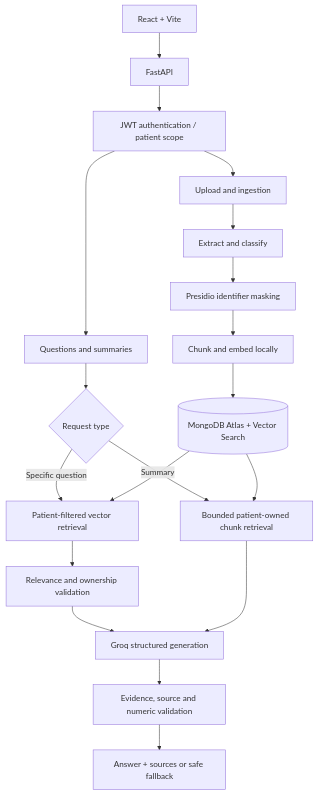
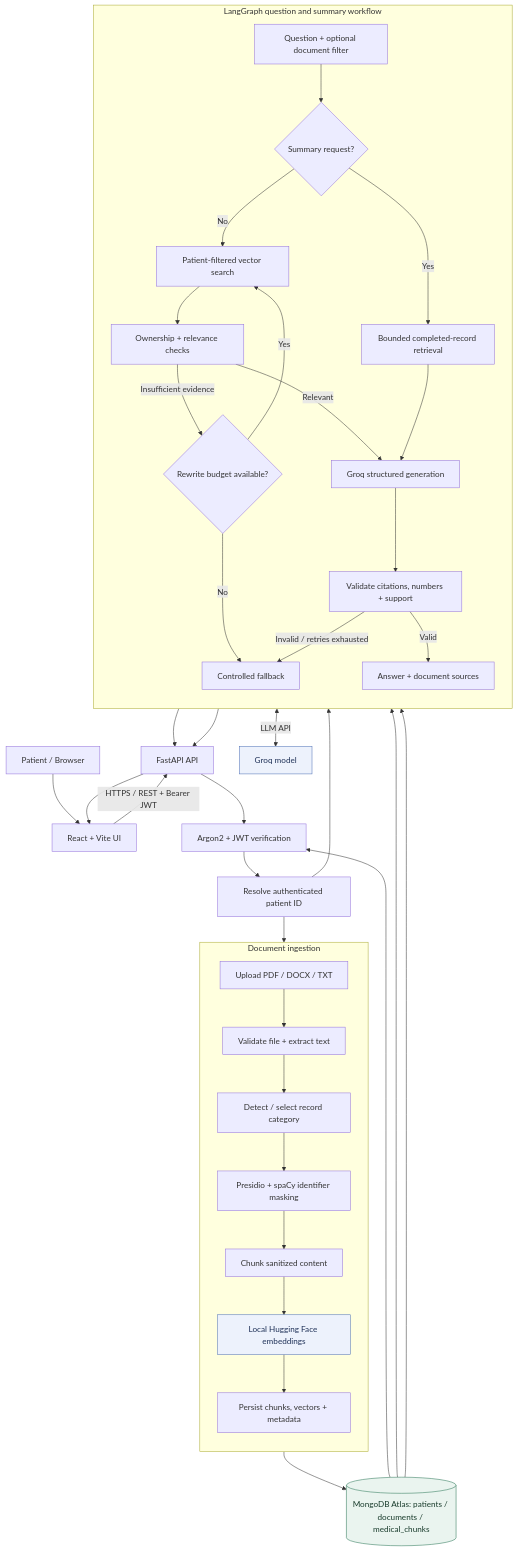
The first of 3 diagrams in README.md (Motokid1/PatientScope), drawn with Mermaid before and after one commit. The commit also changed other lines of this file, not shown here.

````diff
--- a/README.md
+++ b/README.md
@@ -36,21 +66,50 @@
 ```mermaid
-flowchart TD
-    UI[React + Vite] --> API[FastAPI]
-    API --> AUTH[JWT authentication / patient scope]
-    AUTH --> INGEST[Upload and ingestion]
-    AUTH --> QUERY[Questions and summaries]
-    INGEST --> EXTRACT[Extract and classify]
-    EXTRACT --> MASK[Presidio identifier masking]
-    MASK --> CHUNK[Chunk and embed locally]
-    CHUNK --> DB[(MongoDB Atlas + Vector Search)]
-    QUERY --> ROUTE{Request type}
-    ROUTE -->|Specific question| SEARCH[Patient-filtered vector retrieval]
-    ROUTE -->|Summary| ALL[Bounded patient-owned chunk retrieval]
-    DB --> SEARCH
-    DB --> ALL
-    SEARCH --> CHECK[Relevance and ownership validation]
-    CHECK --> GEN[Groq structured generation]
-    ALL --> GEN
-    GEN --> VALIDATE[Evidence, source and numeric validation]
-    VALIDATE --> OUT[Answer + sources or safe fallback]
+flowchart TB
+    U[Patient / Browser] --> WEB[React + Vite UI]
+    WEB -->|HTTPS / REST + Bearer JWT| API[FastAPI API]
+    API --> AUTH[Argon2 + JWT verification]
+    AUTH --> SCOPE[Resolve authenticated patient ID]
+
+    subgraph ING[Document ingestion]
+      direction TB
+      UP[Upload PDF / DOCX / TXT] --> FILE[Validate file + extract text]
+      FILE --> CLASS[Detect / select record category]
+      CLASS --> PII[Presidio + spaCy identifier masking]
+      PII --> CHUNK[Chunk sanitized content]
+      CHUNK --> EMB[Local Hugging Face embeddings]
+      EMB --> SAVE[Persist chunks, vectors + metadata]
+    end
+
+    subgraph RAG[LangGraph question and summary workflow]
+      direction TB
+      ASK[Question + optional document filter] --> ROUTE{Summary request?}
+      ROUTE -->|No| VECTOR[Patient-filtered vector search]
+      VECTOR --> GRADE[Ownership + relevance checks]
+      GRADE -->|Insufficient evidence| REWRITE{Rewrite budget available?}
+      REWRITE -->|Yes| VECTOR
+      REWRITE -->|No| FALL[Controlled fallback]
+      GRADE -->|Relevant| GENERATE[Groq structured generation]
+      ROUTE -->|Yes| SUM[Bounded completed-record retrieval]
+      SUM --> GENERATE
+      GENERATE --> VERIFY[Validate citations, numbers + support]
+      VERIFY -->|Valid| ANSWER[Answer + document sources]
+      VERIFY -->|Invalid / retries exhausted| FALL
+    end
+
+    SCOPE --> UP
+    SCOPE --> ASK
+
+    SAVE --> DB[(MongoDB Atlas: patients / documents / medical_chunks)]
+    DB --> VECTOR
+    DB --> SUM
+    DB --> AUTH
+    GENERATE <-->|LLM API| GROQ[Groq model]
+    ANSWER --> API
+    FALL --> API
+    API --> WEB
+
+    classDef storage fill:#eaf4ef,stroke:#277454,color:#183b2b;
+    classDef model fill:#edf2fc,stroke:#4d6fb5,color:#1f3157;
+    class DB storage;
+    class GROQ,EMB model;
 ```
````
